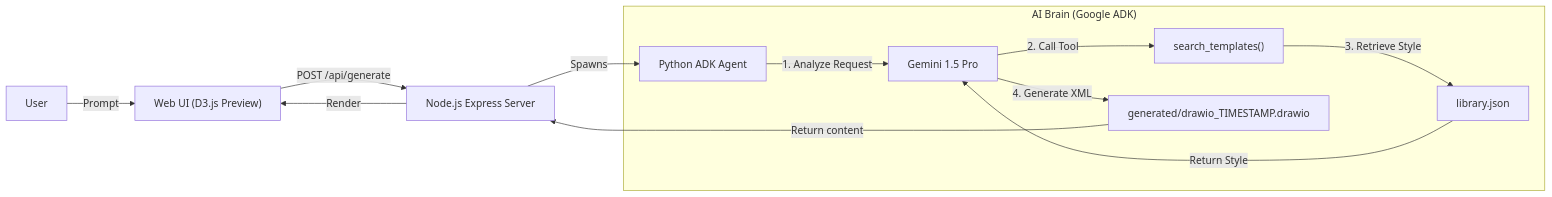
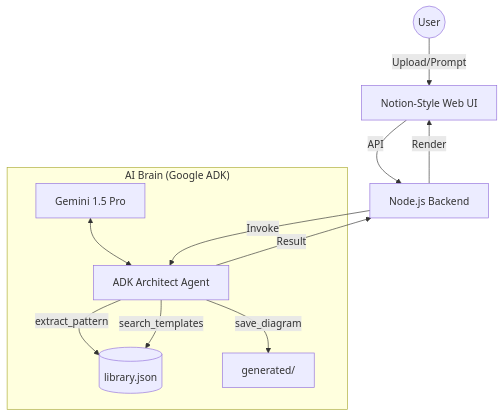
Before and after one commit to mostlytricks/antigravity-system-diagram-generator: the diagram in README.md, drawn with Mermaid. The commit also changed other lines of this file and 5 other files, not shown here.

````diff
--- a/README.md
+++ b/README.md
@@ -16,17 +14,16 @@
 ```mermaid
-graph LR
-    User[User] -->|Prompt| UI["Web UI (D3.js Preview)"]
-    UI -->|"POST /api/generate"| Server["Node.js Express Server"]
-    Server -->|Spawns| Agent["Python ADK Agent"]
+graph TD
+    User((User)) -->|Upload/Prompt| UI["Notion-Style Web UI"]
+    UI -->|API| Server["Node.js Backend"]
     
     subgraph "AI Brain (Google ADK)"
-        Agent -->|"1. Analyze Request"| Model["Gemini 1.5 Pro"]
-        Model -->|"2. Call Tool"| Tool["search_templates()"]
-        Tool -->|"3. Retrieve Style"| Lib["library.json"]
-        Lib -->|"Return Style"| Model
-        Model -->|"4. Generate XML"| Output["generated/drawio_TIMESTAMP.drawio"]
+        Agent["ADK Architect Agent"]
+        Agent -->|extract_pattern| Lib[("library.json")]
+        Agent -->|search_templates| Lib
+        Agent -->|save_diagram| FS["generated/"]
+        Model["Gemini 1.5 Pro"] <--> Agent
     end
     
-    Output -->|"Return content"| Server
-    Server -->|Render| UI
+    Server -->|Invoke| Agent
+    Agent -->|Result| Server -->|Render| UI
 ```
````
